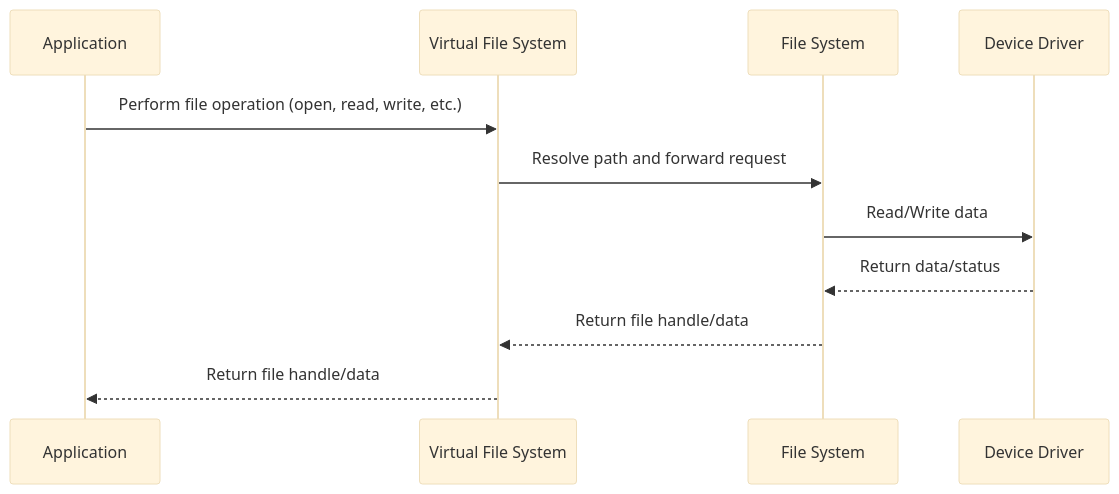
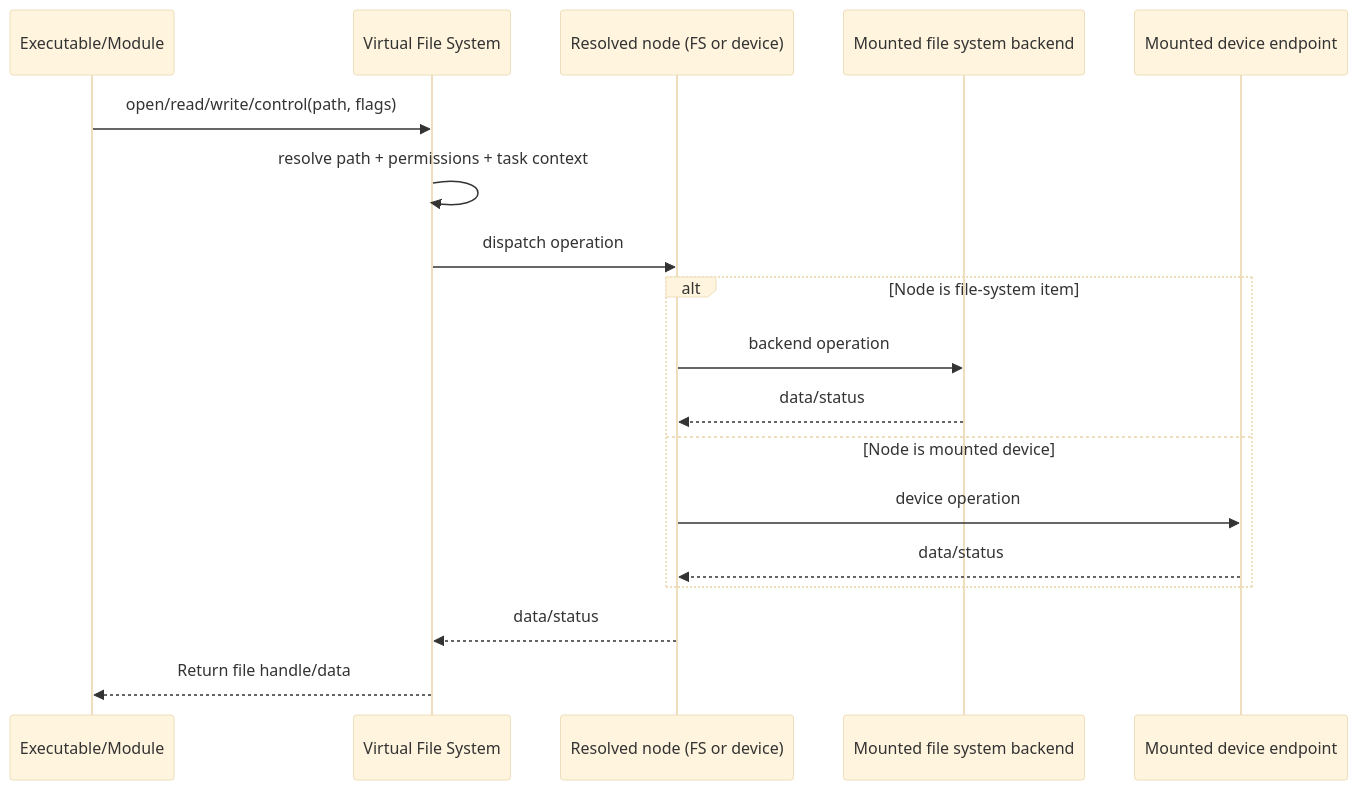
Before and after one commit to Xila-Project/Website: the diagram in src/guide/architecture/modules/virtual_file_system.md, drawn with Mermaid (base theme). The commit also changed 7 other files, not shown here.

Commit message:
feat: update architecture diagrams for modules with improved clarity and detail

````diff
--- a/src/guide/architecture/modules/virtual_file_system.md
+++ b/src/guide/architecture/modules/virtual_file_system.md
@@ -71,14 +71,21 @@
 ```mermaid
 sequenceDiagram
-    participant App as Application
+  participant App as Executable/Module
     participant VFS as Virtual File System
-    participant FS as File System
-    participant Dev as Device Driver
+  participant Node as Resolved node (FS or device)
+  participant FS as Mounted file system backend
+  participant Dev as Mounted device endpoint
 
-    App->>VFS: Perform file operation (open, read, write, etc.)
-    VFS->>FS: Resolve path and forward request
-    FS->>Dev: Read/Write data
-    Dev-->>FS: Return data/status
-    FS-->>VFS: Return file handle/data
+  App->>VFS: open/read/write/control(path, flags)
+  VFS->>VFS: resolve path + permissions + task context
+  VFS->>Node: dispatch operation
+  alt Node is file-system item
+    Node->>FS: backend operation
+    FS-->>Node: data/status
+  else Node is mounted device
+    Node->>Dev: device operation
+    Dev-->>Node: data/status
+  end
+  Node-->>VFS: data/status
     VFS-->>App: Return file handle/data
 ```
````
